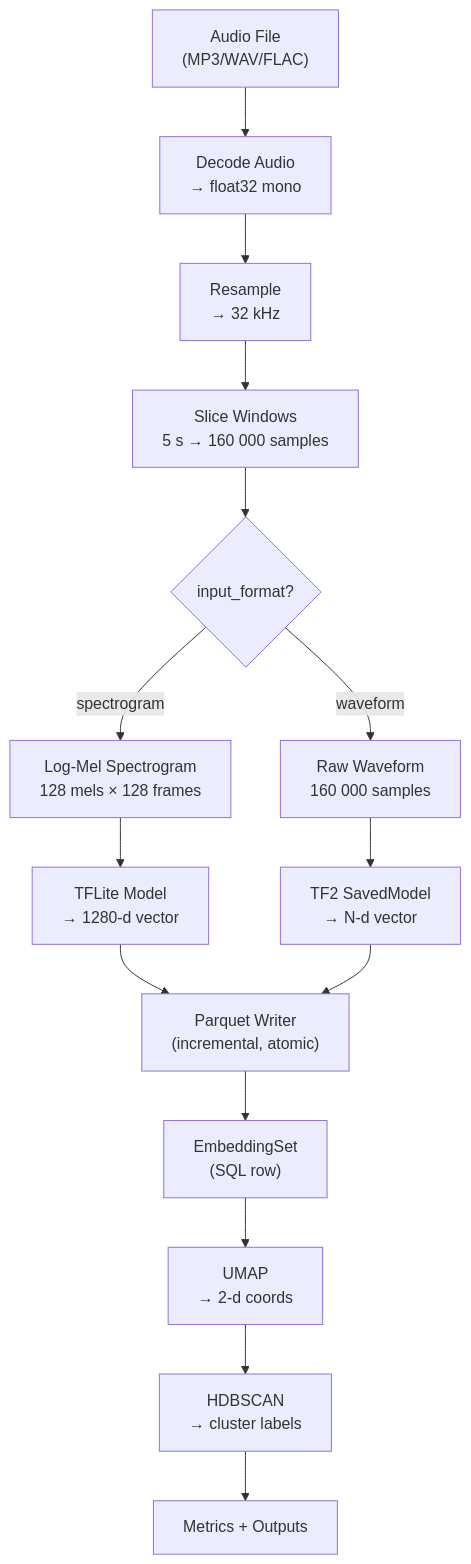
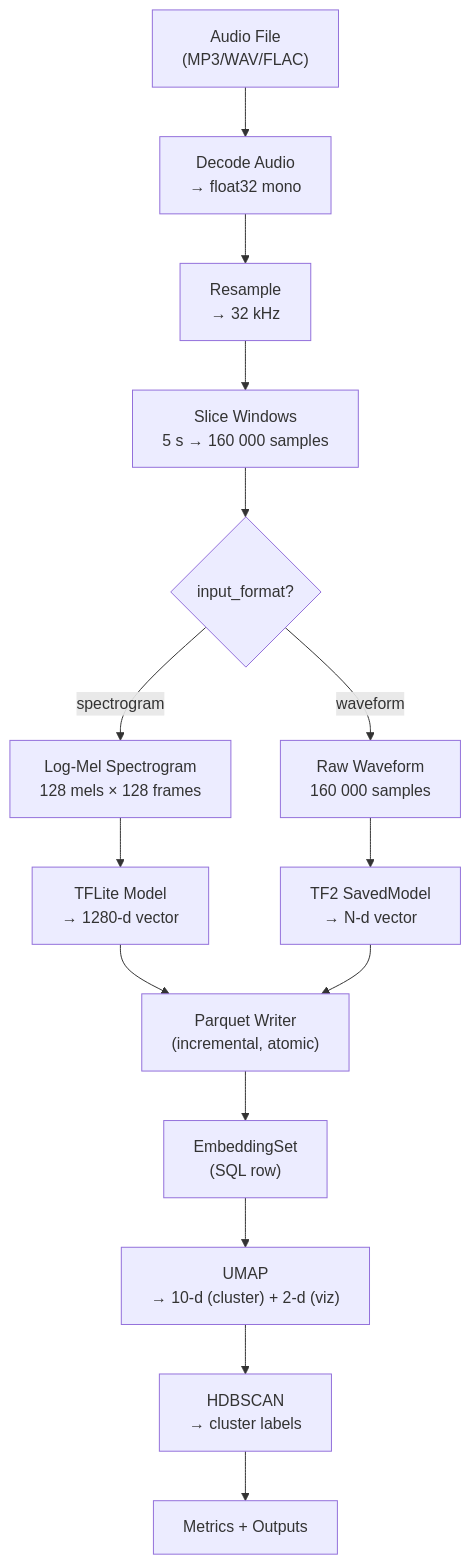
Before and after one commit to mfaulhaber/humpback-acoustic-embed: the diagram in README.md, drawn with Mermaid. The commit also changed other lines of this file and 5 other files, not shown here.

First line of the commit message:
Decouple UMAP for clustering vs visualization and improve cluster granularity

````diff
--- a/README.md
+++ b/README.md
@@ -58,17 +58,17 @@
 ```mermaid
 flowchart TD
     A["Audio File<br/>(MP3/WAV/FLAC)"] --> B["Decode Audio<br/>→ float32 mono"]
     B --> C["Resample<br/>→ 32 kHz"]
     C --> D["Slice Windows<br/>5 s → 160 000 samples"]
     D --> E{input_format?}
     E -- spectrogram --> F["Log-Mel Spectrogram<br/>128 mels × 128 frames"]
     E -- waveform --> G["Raw Waveform<br/>160 000 samples"]
     F --> H["TFLite Model<br/>→ 1280-d vector"]
     G --> I["TF2 SavedModel<br/>→ N-d vector"]
     H --> J["Parquet Writer<br/>(incremental, atomic)"]
     I --> J
     J --> K["EmbeddingSet<br/>(SQL row)"]
-    K --> L["UMAP<br/>→ 2-d coords"]
+    K --> L["UMAP<br/>→ 10-d (cluster) + 2-d (viz)"]
     L --> M["HDBSCAN<br/>→ cluster labels"]
     M --> N["Metrics + Outputs"]
 ```
````
